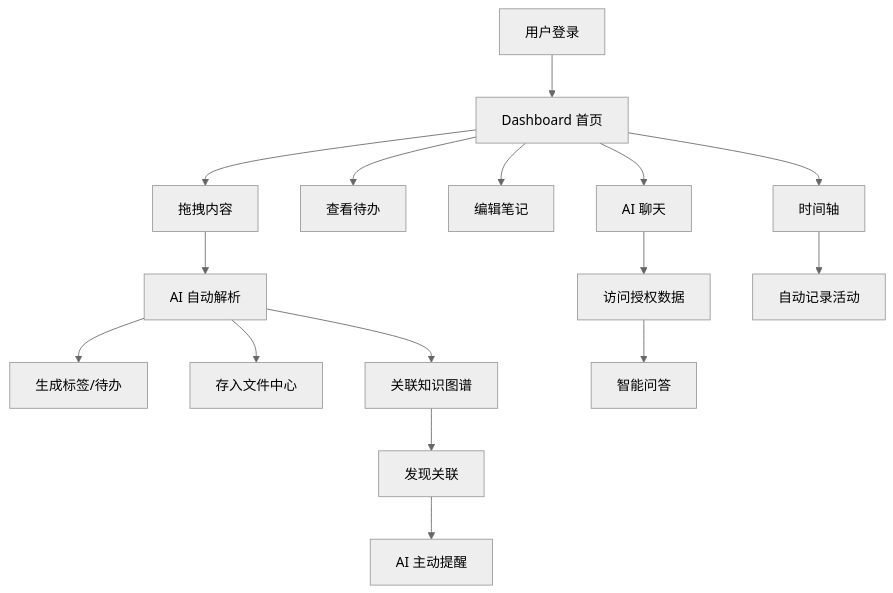
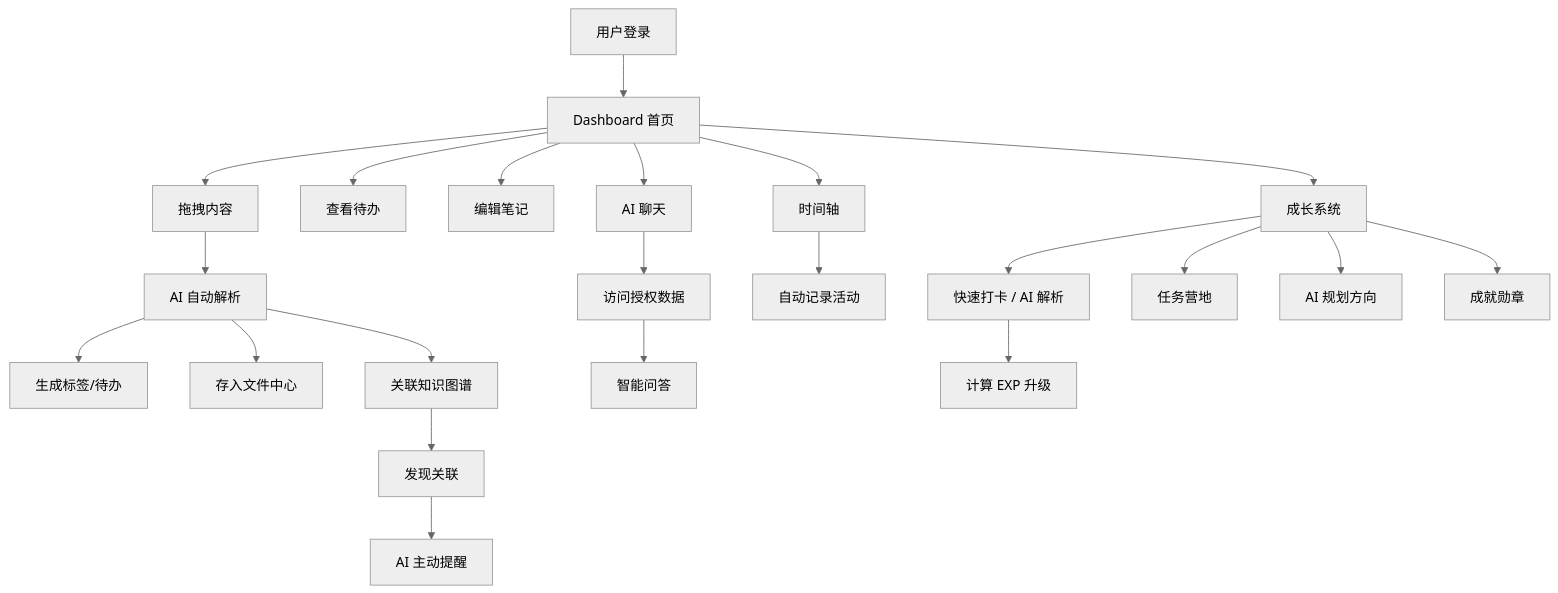
One commit to KKChen666/Old-Z changed the diagram in .trae/documents/prd.md. Above: the diagram before and after it, drawn with Mermaid (neutral theme). The commit also changed other lines of this file and 39 other files, not shown here.

````diff
--- a/.trae/documents/prd.md
+++ b/.trae/documents/prd.md
@@ -46,18 +57,24 @@
 ```mermaid
 graph TD
     A["用户登录"] --> B["Dashboard 首页"]
     B --> C["拖拽内容"]
     C --> D["AI 自动解析"]
     D --> E["生成标签/待办"]
     D --> F["存入文件中心"]
     D --> G["关联知识图谱"]
     B --> H["查看待办"]
     B --> I["编辑笔记"]
     B --> J["AI 聊天"]
     J --> K["访问授权数据"]
     K --> L["智能问答"]
     B --> M["时间轴"]
     M --> N["自动记录活动"]
     G --> O["发现关联"]
     O --> P["AI 主动提醒"]
+    B --> Q["成长系统"]
+    Q --> R["快速打卡 / AI 解析"]
+    R --> S["计算 EXP 升级"]
+    Q --> T["任务营地"]
+    Q --> U["AI 规划方向"]
+    Q --> V["成就勋章"]
 ```
````
